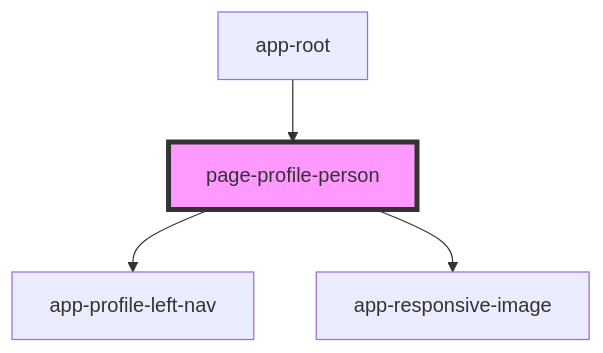
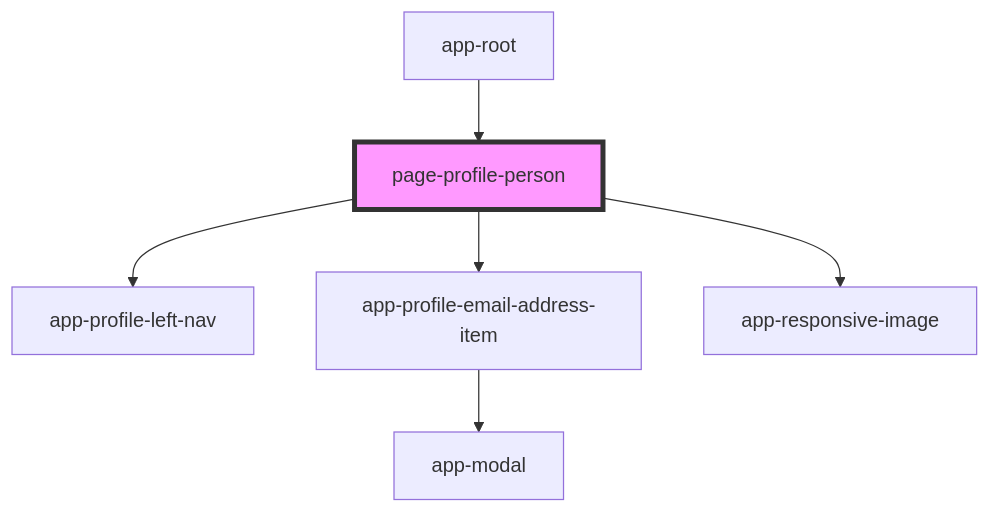
The diagram in iconeventnetwork-web/src/components/pages/page-profile-person/readme.md (lokheed/IconEventNetwork.Web), drawn with Mermaid before and after one commit. The commit also changed other lines of this file and 15 other files, not shown here.

Commit message:
Common modal component, email addres consumes

````diff
--- a/iconeventnetwork-web/src/components/pages/page-profile-person/readme.md
+++ b/iconeventnetwork-web/src/components/pages/page-profile-person/readme.md
@@ -20,7 +21,9 @@
 ```mermaid
 graph TD;
   page-profile-person --> app-profile-left-nav
+  page-profile-person --> app-profile-email-address-item
   page-profile-person --> app-responsive-image
+  app-profile-email-address-item --> app-modal
   app-root --> page-profile-person
   style page-profile-person fill:#f9f,stroke:#333,stroke-width:4px
 ```
````
